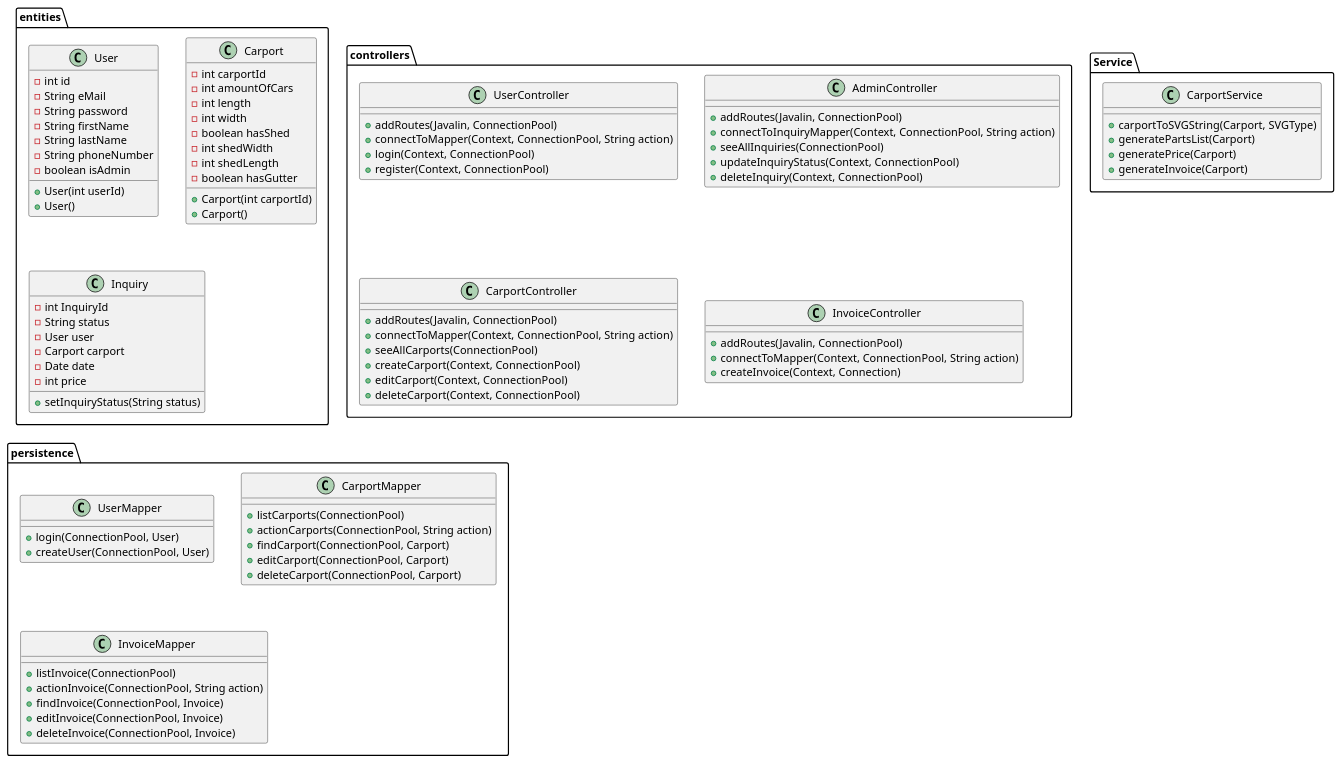
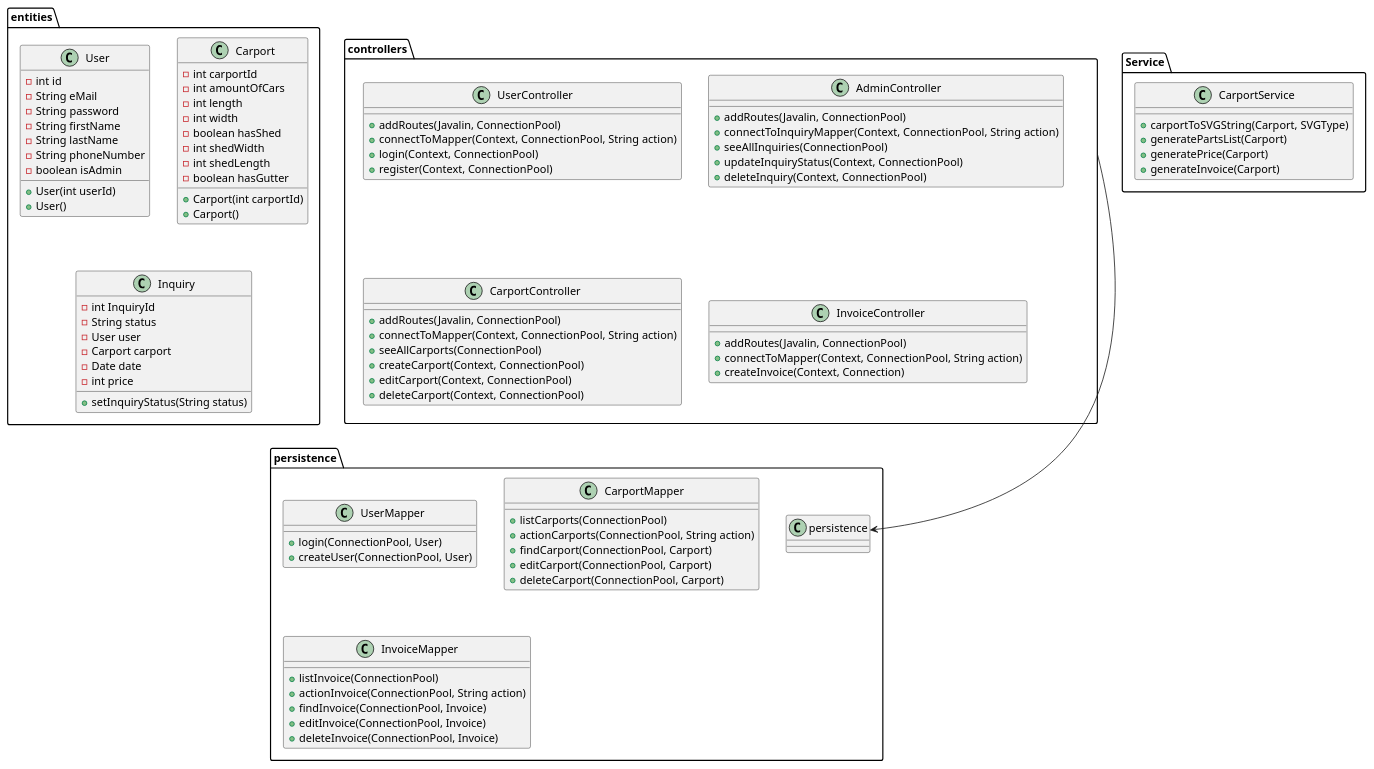
The diagram in src/main/resources/UML/ClassDiagram.puml (TheBoyzInHels/Eksamen-Sommer26-Gruppe-A), drawn with PlantUML before and after one commit.

Commit message:
Added ClassDiagram

```diff
--- a/src/main/resources/UML/ClassDiagram.puml
+++ b/src/main/resources/UML/ClassDiagram.puml
@@ -1,108 +1,109 @@
 @startuml
 'https://plantuml.com/class-diagram
 package entities{
 class User{
 -int id
 -String eMail
 -String password
 -String firstName
 -String lastName
 -String phoneNumber
 -boolean isAdmin
 
 +User(int userId)
 +User()
 }
 
 class Carport{
 -int carportId
 -int amountOfCars
 -int length
 -int width
 -boolean hasShed
 -int shedWidth
 -int shedLength
 -boolean hasGutter
 
 +Carport(int carportId)
 +Carport()
     }
 
 class Inquiry{
 -int InquiryId
 -String status
 -User user
 -Carport carport
 -Date date
 -int price
 
 +setInquiryStatus(String status)
 }
 }
 
 package Service{
 class CarportService{
 
 +carportToSVGString(Carport, SVGType)
 +generatePartsList(Carport)
 +generatePrice(Carport)
 +generateInvoice(Carport)
     }
 }
 
 package controllers{
 class UserController{
 +addRoutes(Javalin, ConnectionPool)
 +connectToMapper(Context, ConnectionPool, String action)
 +login(Context, ConnectionPool)
 +register(Context, ConnectionPool)
 }
 class AdminController{
 +addRoutes(Javalin, ConnectionPool)
 +connectToInquiryMapper(Context, ConnectionPool, String action)
 +seeAllInquiries(ConnectionPool)
 +updateInquiryStatus(Context, ConnectionPool)
 +deleteInquiry(Context, ConnectionPool)
 }
 
 class CarportController{
 +addRoutes(Javalin, ConnectionPool)
 +connectToMapper(Context, ConnectionPool, String action)
 +seeAllCarports(ConnectionPool)
 +createCarport(Context, ConnectionPool)
 +editCarport(Context, ConnectionPool)
 +deleteCarport(Context, ConnectionPool)
 }
 
 class InvoiceController{
 +addRoutes(Javalin, ConnectionPool)
 +connectToMapper(Context, ConnectionPool, String action)
 +createInvoice(Context, Connection)
 }
 }
 
 package persistence {
 class UserMapper{
 +login(ConnectionPool, User)
 +createUser(ConnectionPool, User)
 }
 
 class CarportMapper{
 +listCarports(ConnectionPool)
 +actionCarports(ConnectionPool, String action)
 +findCarport(ConnectionPool, Carport)
 +editCarport(ConnectionPool, Carport)
 +deleteCarport(ConnectionPool, Carport)
 }
 
 class InvoiceMapper{
 +listInvoice(ConnectionPool)
 +actionInvoice(ConnectionPool, String action)
 +findInvoice(ConnectionPool, Invoice)
 +editInvoice(ConnectionPool, Invoice)
 +deleteInvoice(ConnectionPool, Invoice)
 }
 
+controllers --> persistence
 
 }
 @enduml
```
